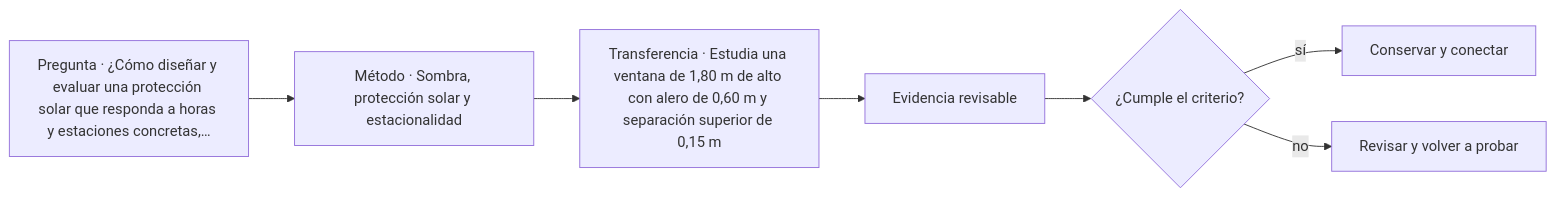
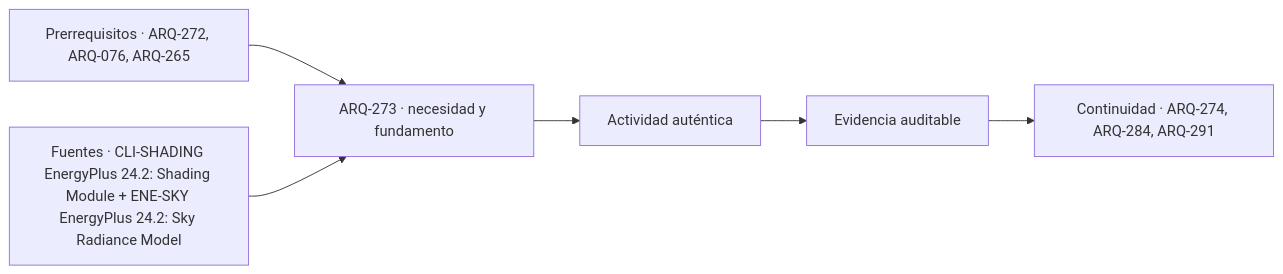
Before and after one commit to vladimiracunadev-create/architecture-built-environment-learning-program: the diagram in classes/parte-28/ARQ-273.md, drawn with Mermaid. The commit also changed other lines of this file and 761 other files, not shown here.

````diff
--- a/classes/parte-28/ARQ-273.md
+++ b/classes/parte-28/ARQ-273.md
@@ -105,9 +117,8 @@
 ```mermaid
 flowchart LR
-    Q["Pregunta · ¿Cómo diseñar y evaluar una protección solar que responda a horas y estaciones concretas,…"] --> M["Método · Sombra, protección solar y estacionalidad"]
-    M --> P["Transferencia · Estudia una ventana de 1,80 m de alto con alero de 0,60 m y separación superior de 0,15 m"]
-    P --> E["Evidencia revisable"]
-    E --> C{"¿Cumple el criterio?"}
-    C -->|sí| T["Conservar y conectar"]
-    C -->|no| R["Revisar y volver a probar"]
+    A["Prerrequisitos · ARQ-272, ARQ-076, ARQ-265"] --> B["ARQ-273 · necesidad y fundamento"]
+    S["Fuentes · CLI-SHADING EnergyPlus 24.2: Shading Module + ENE-SKY EnergyPlus 24.2: Sky Radiance Model"] --> B
+    B --> C["Actividad auténtica"]
+    C --> D["Evidencia auditable"]
+    D --> E["Continuidad · ARQ-274, ARQ-284, ARQ-291"]
 ```
````
